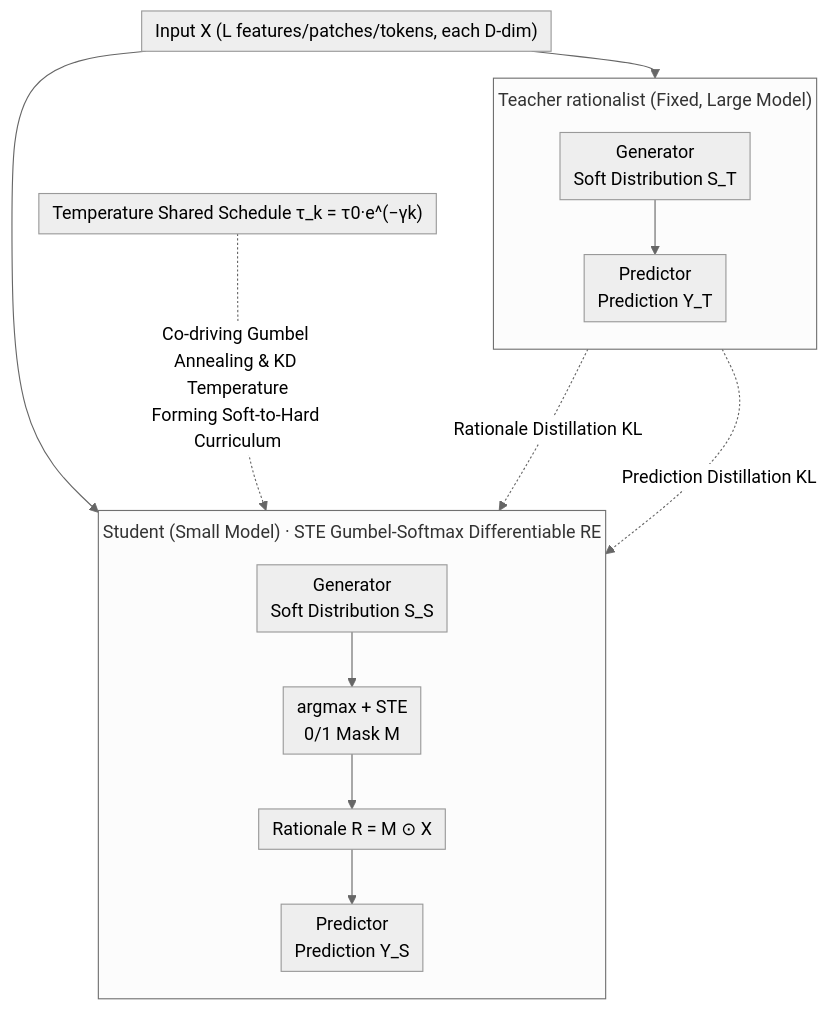
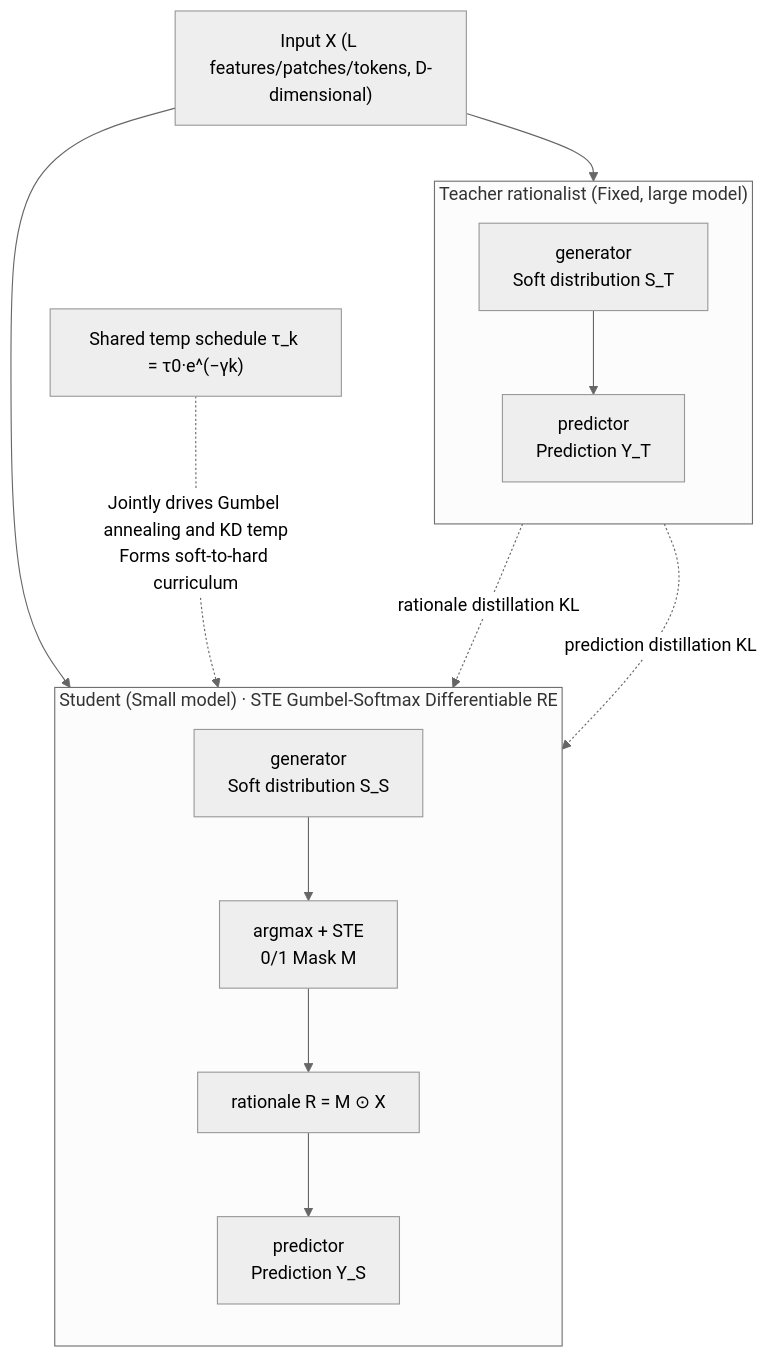
Before and after one commit to zhaoyang97/Paper-Notes-en: the diagram in docs/ICML2026/interpretability/learn_from_a_rationalist_distilling_intermediate_interpretable_rationales.md, drawn with Mermaid (neutral theme). The commit also changed other lines of this file and 5084 other files, not shown here.

````diff
--- a/docs/ICML2026/interpretability/learn_from_a_rationalist_distilling_intermediate_interpretable_rationales.md
+++ b/docs/ICML2026/interpretability/learn_from_a_rationalist_distilling_intermediate_interpretable_rationales.md
@@ -44,19 +44,18 @@
 ```mermaid
-%%{init: {'flowchart': {'rankSpacing': 24, 'nodeSpacing': 28, 'padding': 6, 'wrappingWidth': 400, 'subGraphTitleMargin': {'top': 8, 'bottom': 16}}}}%%
 flowchart TD
-    X["Input X (L features/patches/tokens, each D-dim)"]
-    subgraph T["Teacher rationalist (Fixed, Large Model)"]
+    X["Input X (L features/patches/tokens, D-dimensional)"]
+    subgraph T["Teacher rationalist (Fixed, large model)"]
         direction TB
-        TG["Generator<br/>Soft Distribution S_T"] --> TP["Predictor<br/>Prediction Y_T"]
+        TG["generator<br/>Soft distribution S_T"] --> TP["predictor<br/>Prediction Y_T"]
     end
-    subgraph St["Student (Small Model) · STE Gumbel-Softmax Differentiable RE"]
+    subgraph St["Student (Small model) · STE Gumbel-Softmax Differentiable RE"]
         direction TB
-        SG["Generator<br/>Soft Distribution S_S"] --> SM["argmax + STE<br/>0/1 Mask M"]
-        SM --> SR["Rationale R = M ⊙ X"] --> SP["Predictor<br/>Prediction Y_S"]
+        SG["generator<br/>Soft distribution S_S"] --> SM["argmax + STE<br/>0/1 Mask M"]
+        SM --> SR["rationale R = M ⊙ X"] --> SP["predictor<br/>Prediction Y_S"]
     end
     X --> TG
     X --> SG
-    TG -.->|Rationale Distillation KL| SG
-    TP -.->|Prediction Distillation KL| SP
-    TAU["Temperature Shared Schedule τ_k = τ0·e^(−γk)"] -.->|Co-driving Gumbel Annealing & KD Temperature<br/>Forming Soft-to-Hard Curriculum| St
+    TG -.->|rationale distillation KL| SG
+    TP -.->|prediction distillation KL| SP
+    TAU["Shared temp schedule τ_k = τ0·e^(−γk)"] -.->|Jointly drives Gumbel annealing and KD temp<br/>Forms soft-to-hard curriculum| St
 ```
````
